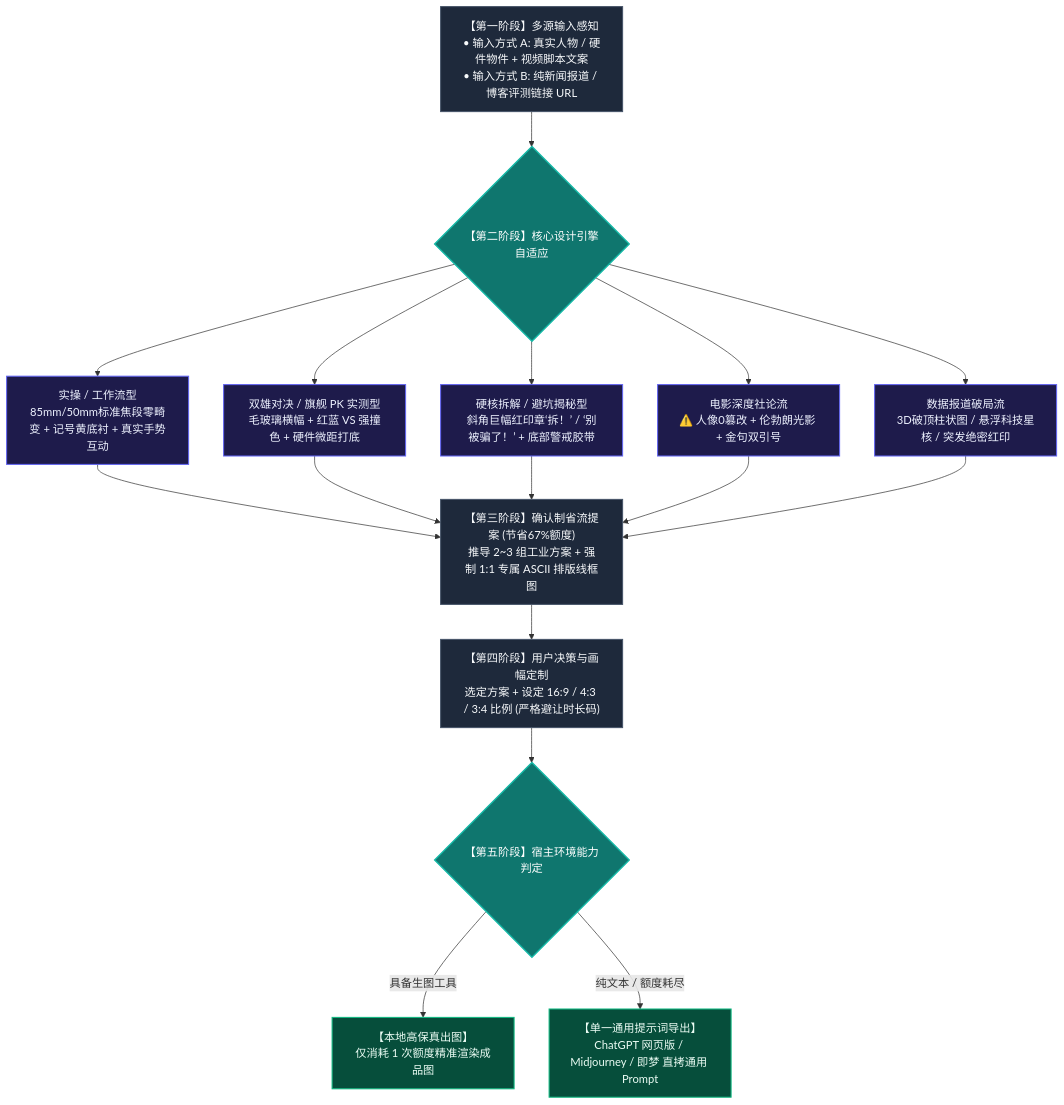
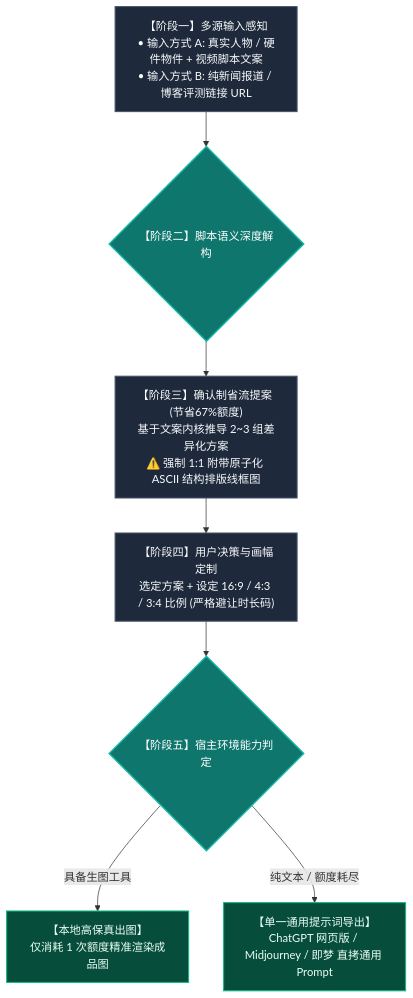
One commit to XuBeiYou408/video-cover-designer changed the diagram in README.md. Above: the diagram before and after it, drawn with Mermaid. The commit also changed other lines of this file and 1 other file, not shown here.

Commit message:
feat(skill): establish script-first semantic grounding and anti-template rules

````diff
--- a/README.md
+++ b/README.md
@@ -9,33 +23,21 @@
 ```mermaid
 flowchart TD
-    A["【第一阶段】多源输入感知<br>• 输入方式 A: 真实人物 / 硬件物件 + 视频脚本文案<br>• 输入方式 B: 纯新闻报道 / 博客评测链接 URL"]
-    --> B{"【第二阶段】核心设计引擎自适应"}
+    A["【阶段一】多源输入感知<br>• 输入方式 A: 真实人物 / 硬件物件 + 视频脚本文案<br>• 输入方式 B: 纯新闻报道 / 博客评测链接 URL"]
+    --> B{"【阶段二】脚本语义深度解构"}
 
-    B --> C1[" 实操 / 工作流型<br>85mm/50mm标准焦段零畸变 + 记号黄底衬 + 真实手势互动"]
-    B --> C2[" 双雄对决 / 旗舰 PK 实测型<br>毛玻璃横幅 + 红蓝 VS 强撞色 + 硬件微距打底"]
-    B --> C3[" 硬核拆解 / 避坑揭秘型<br>斜角巨幅红印章‘拆！’ / ‘别被骗了！’ + 底部警戒胶带"]
-    B --> C4[" 电影深度社论流<br>⚠️ 人像0篡改 + 伦勃朗光影 + 金句双引号"]
-    B --> C5[" 数据报道破局流<br>3D破顶柱状图 / 悬浮科技星核 / 突发绝密红印"]
+    B --> C["【阶段三】确认制省流提案 (节省67%额度)<br>基于文案内核推导 2~3 组差异化方案<br>⚠️ 强制 1:1 附带原子化 ASCII 结构排版线框图"]
 
-    C1 --> D["【第三阶段】确认制省流提案 (节省67%额度)<br>推导 2~3 组工业方案 + 强制 1:1 专属 ASCII 排版线框图"]
-    C2 --> D
-    C3 --> D
-    C4 --> D
-    C5 --> D
+    C --> D["【阶段四】用户决策与画幅定制<br>选定方案 + 设定 16:9 / 4:3 / 3:4 比例 (严格避让时长码)"]
 
-    D --> E["【第四阶段】用户决策与画幅定制<br>选定方案 + 设定 16:9 / 4:3 / 3:4 比例 (严格避让时长码)"]
-
-    E --> F{"【第五阶段】宿主环境能力判定"}
-    F -->|具备生图工具| G["【本地高保真出图】<br>仅消耗 1 次额度精准渲染成品图"]
-    F -->|纯文本 / 额度耗尽| H["【单一通用提示词导出】<br>ChatGPT 网页版 / Midjourney / 即梦 直拷通用 Prompt"]
+    D --> E{"【阶段五】宿主环境能力判定"}
+    E -->|具备生图工具| F["【本地高保真出图】<br>仅消耗 1 次额度精准渲染成品图"]
+    E -->|纯文本 / 额度耗尽| G["【单一通用提示词导出】<br>ChatGPT 网页版 / Midjourney / 即梦 直拷通用 Prompt"]
 
     classDef stage fill:#1E293B,stroke:#475569,color:#F8FAFC,stroke-width:1.5px;
     classDef decision fill:#0F766E,stroke:#14B8A6,color:#FFFFFF,stroke-width:2px;
-    classDef engine fill:#1E1B4B,stroke:#6366F1,color:#EEF2FF,stroke-width:1.5px;
     classDef output fill:#064E3B,stroke:#10B981,color:#ECFDF5,stroke-width:1.5px;
 
-    class A,D,E stage;
-    class B,F decision;
-    class C1,C2,C3,C4,C5 engine;
-    class G,H output;
+    class A,C,D stage;
+    class B,E decision;
+    class F,G output;
 ```
````
